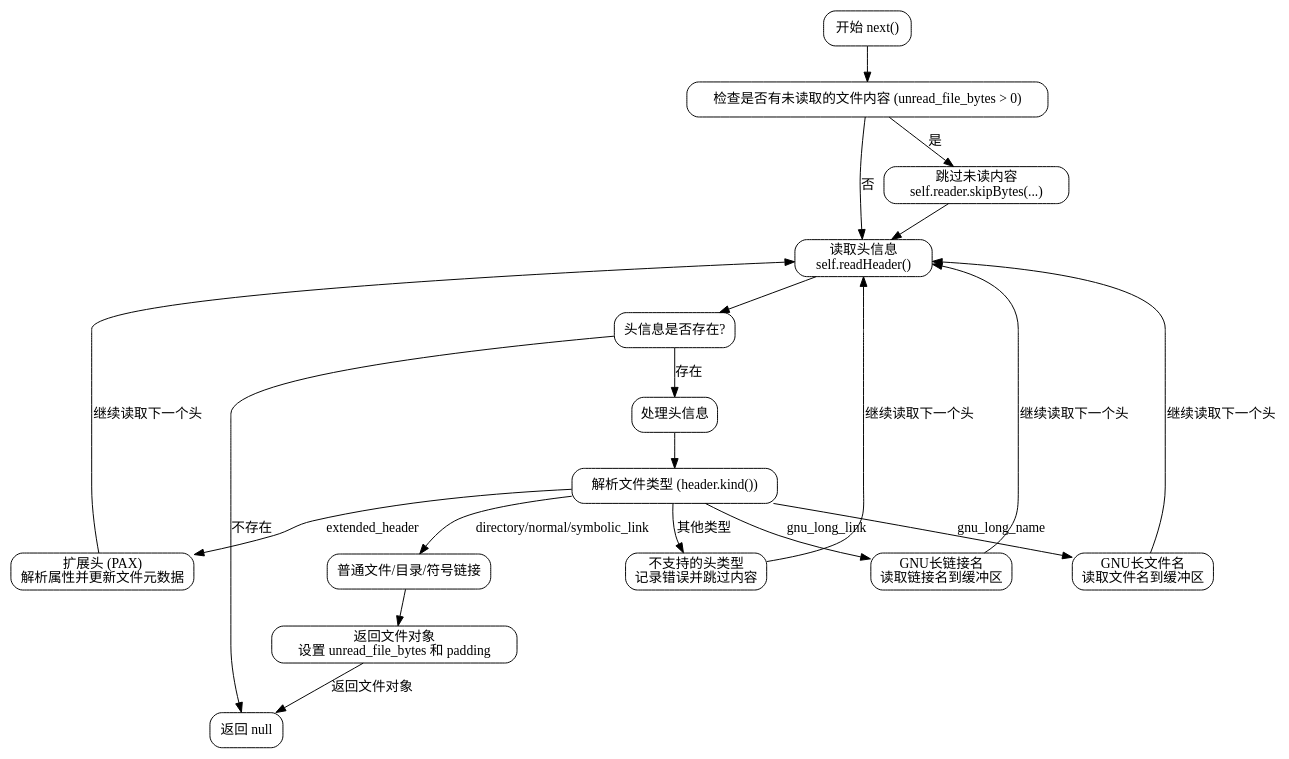
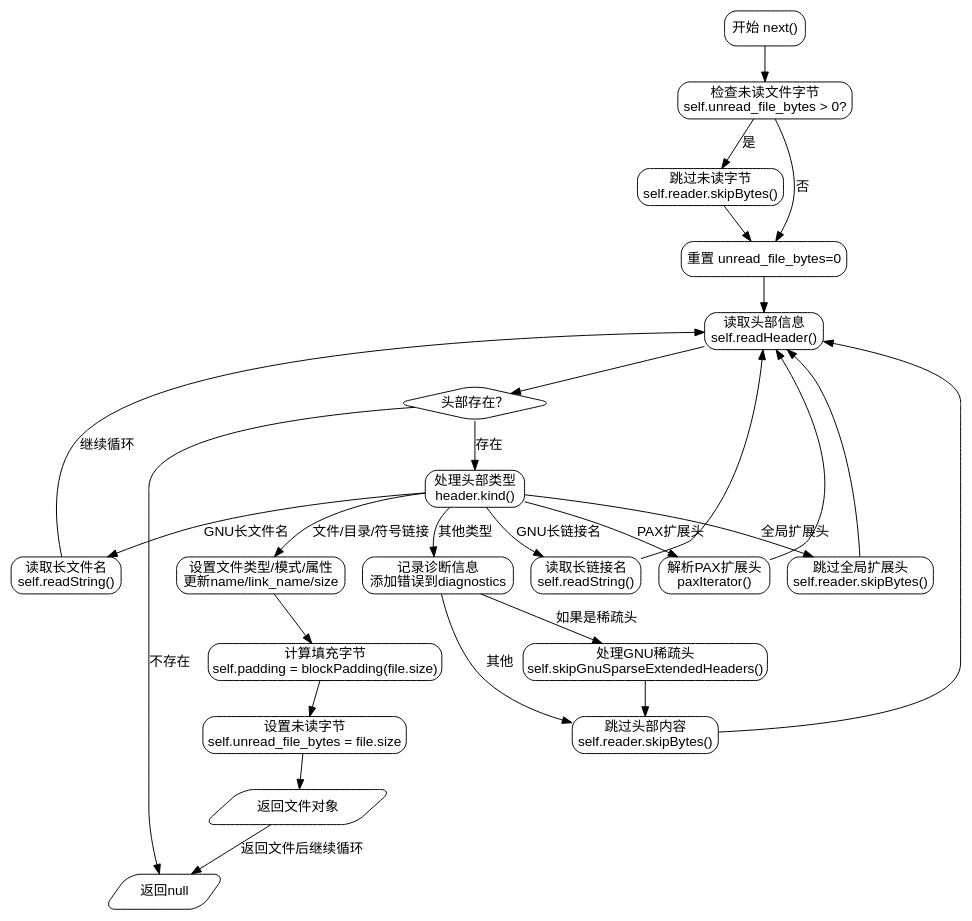
Before and after one commit to sdzx-1/deepseek-zig-reader: the diagram in dot_std/tar.zig.Iterator.md, drawn with Graphviz. The commit also changed other lines of this file and 236 other files, not shown here.

````diff
--- a/dot_std/tar.zig.Iterator.md
+++ b/dot_std/tar.zig.Iterator.md
@@ -22,44 +13,56 @@
 ```dot
 digraph TarIteratorFlowchart {
-    node [shape=rectangle, style=rounded];
+    rankdir=TB;
+    node [shape=rectangle, style="rounded", fontname="Arial"];
+    edge [fontname="Arial"];
 
     start [label="开始 next()"];
-    check_unread [label="检查是否有未读取的文件内容 (unread_file_bytes > 0)"];
-    skip_unread [label="跳过未读内容\nself.reader.skipBytes(...)"];
-    read_header [label="读取头信息\nself.readHeader()"];
-    header_exists [label="头信息是否存在?"];
-    process_header [label="处理头信息"];
-    determine_kind [label="解析文件类型 (header.kind())"];
-    handle_regular [label="普通文件/目录/符号链接"];
-    handle_long_name [label="GNU长文件名\n读取文件名到缓冲区"];
-    handle_long_link [label="GNU长链接名\n读取链接名到缓冲区"];
-    handle_extended [label="扩展头 (PAX)\n解析属性并更新文件元数据"];
-    handle_unsupported [label="不支持的头类型\n记录错误并跳过内容"];
-    return_file [label="返回文件对象\n设置 unread_file_bytes 和 padding"];
-    end [label="返回 null"];
+    check_unread_bytes [label="检查未读文件字节\nself.unread_file_bytes > 0?"];
+    skip_unread_bytes [label="跳过未读字节\nself.reader.skipBytes()"];
+    reset_unread_bytes [label="重置 unread_file_bytes=0"];
+    read_header [label="读取头部信息\nself.readHeader()"];
+    header_result [label="头部存在？", shape=diamond];
+    process_header [label="处理头部类型\nheader.kind()"];
+    handle_file_types [label="设置文件类型/模式/属性\n更新name/link_name/size"];
+    set_padding [label="计算填充字节\nself.padding = blockPadding(file.size)"];
+    set_unread_bytes [label="设置未读字节\nself.unread_file_bytes = file.size"];
+    return_file [label="返回文件对象", shape=parallelogram];
+    handle_long_name [label="读取长文件名\nself.readString()"];
+    handle_long_link [label="读取长链接名\nself.readString()"];
+    handle_extended_header [label="解析PAX扩展头\npaxIterator()"];
+    handle_global_header [label="跳过全局扩展头\nself.reader.skipBytes()"];
+    unsupported_header [label="记录诊断信息\n添加错误到diagnostics"];
+    skip_sparse_headers [label="处理GNU稀疏头\nself.skipGnuSparseExtendedHeaders()"];
+    skip_header_content [label="跳过头部内容\nself.reader.skipBytes()"];
+    end [label="返回null", shape=parallelogram];
 
-    start -> check_unread;
-    check_unread -> skip_unread [label="是"];
-    check_unread -> read_header [label="否"];
-    skip_unread -> read_header;
-
-    read_header -> header_exists;
-    header_exists -> process_header [label="存在"];
-    header_exists -> end [label="不存在"];
-
-    process_header -> determine_kind;
-    determine_kind -> handle_regular [label="directory/normal/symbolic_link"];
-    determine_kind -> handle_long_name [label="gnu_long_name"];
-    determine_kind -> handle_long_link [label="gnu_long_link"];
-    determine_kind -> handle_extended [label="extended_header"];
-    determine_kind -> handle_unsupported [label="其他类型"];
-
-    handle_regular -> return_file;
-    handle_long_name -> read_header [label="继续读取下一个头"];
-    handle_long_link -> read_header [label="继续读取下一个头"];
-    handle_extended -> read_header [label="继续读取下一个头"];
-    handle_unsupported -> read_header [label="继续读取下一个头"];
-
-    return_file -> end [label="返回文件对象"];
+    start -> check_unread_bytes;
+    check_unread_bytes -> skip_unread_bytes [label="是"];
+    check_unread_bytes -> reset_unread_bytes [label="否"];
+    skip_unread_bytes -> reset_unread_bytes;
+    reset_unread_bytes -> read_header;
+    read_header -> header_result;
+    header_result -> process_header [label="存在"];
+    header_result -> end [label="不存在"];
+    
+    process_header -> handle_file_types [label="文件/目录/符号链接"];
+    process_header -> handle_long_name [label="GNU长文件名"];
+    process_header -> handle_long_link [label="GNU长链接名"];
+    process_header -> handle_extended_header [label="PAX扩展头"];
+    process_header -> handle_global_header [label="全局扩展头"];
+    process_header -> unsupported_header [label="其他类型"];
+    
+    handle_file_types -> set_padding -> set_unread_bytes -> return_file;
+    return_file -> end [label="返回文件后继续循环"];
+    
+    handle_long_name -> read_header [label="继续循环"];
+    handle_long_link -> read_header;
+    handle_extended_header -> read_header;
+    handle_global_header -> read_header;
+    
+    unsupported_header -> skip_sparse_headers [label="如果是稀疏头"];
+    unsupported_header -> skip_header_content [label="其他"];
+    skip_sparse_headers -> skip_header_content;
+    skip_header_content -> read_header;
 }
 ```
````
